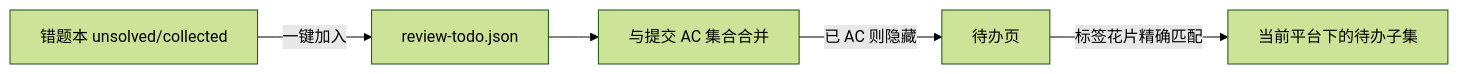
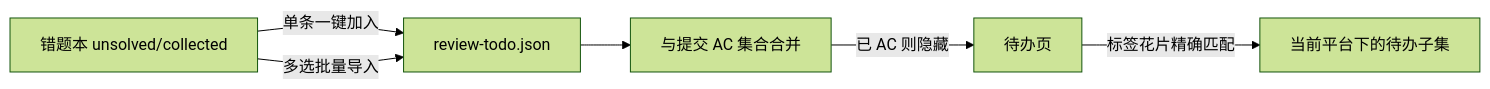
Before and after one commit to Qder/xcpc-helper: the diagram in docs/design/activity/todo.md, drawn with Mermaid (forest theme). The commit also changed other lines of this file and 1 other file, not shown here.

````diff
--- a/docs/design/activity/todo.md
+++ b/docs/design/activity/todo.md
@@ -21,7 +22,8 @@
 ```mermaid
 flowchart LR
-  review[错题本 unsolved/collected] -->|"一键加入"| todoFile["review-todo.json"]
+  review[错题本 unsolved/collected] -->|"单条一键加入"| todoFile["review-todo.json"]
+  review -->|"多选批量导入"| todoFile
   todoFile --> merge[与提交 AC 集合合并]
   merge -->|"已 AC 则隐藏"| page[待办页]
   page -->|"标签花片精确匹配"| filter[当前平台下的待办子集]
 ```
````
